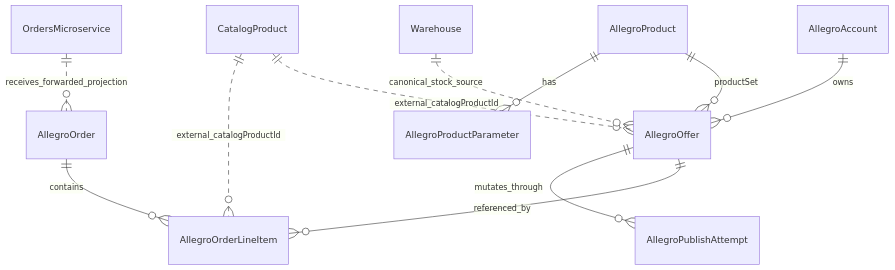
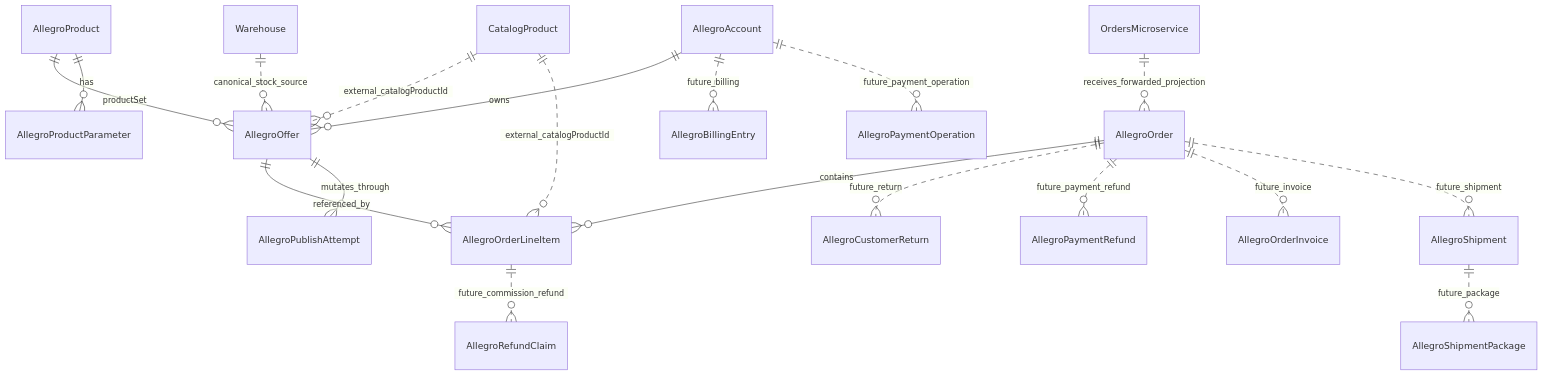
The diagram in docs/orchestrator/ALLEGRO_IMPORT_EXPORT_MAPPING.md (speakASAP/allegro-service), drawn with Mermaid before and after one commit. The commit also changed other lines of this file, not shown here.

Commit message:
docs: extend Allegro data mapping domains

````diff
--- a/docs/orchestrator/ALLEGRO_IMPORT_EXPORT_MAPPING.md
+++ b/docs/orchestrator/ALLEGRO_IMPORT_EXPORT_MAPPING.md
@@ -63,14 +90,22 @@
 ```mermaid
 erDiagram
   AllegroAccount ||--o{ AllegroOffer : owns
   AllegroProduct ||--o{ AllegroOffer : productSet
   AllegroProduct ||--o{ AllegroProductParameter : has
   AllegroOffer ||--o{ AllegroOrderLineItem : referenced_by
   AllegroOrder ||--o{ AllegroOrderLineItem : contains
   AllegroOffer ||--o{ AllegroPublishAttempt : mutates_through
+  AllegroOrder ||..o{ AllegroCustomerReturn : future_return
+  AllegroOrder ||..o{ AllegroPaymentRefund : future_payment_refund
+  AllegroOrderLineItem ||..o{ AllegroRefundClaim : future_commission_refund
+  AllegroOrder ||..o{ AllegroOrderInvoice : future_invoice
+  AllegroOrder ||..o{ AllegroShipment : future_shipment
+  AllegroShipment ||..o{ AllegroShipmentPackage : future_package
+  AllegroAccount ||..o{ AllegroBillingEntry : future_billing
+  AllegroAccount ||..o{ AllegroPaymentOperation : future_payment_operation
 
   CatalogProduct ||..o{ AllegroOffer : external_catalogProductId
   CatalogProduct ||..o{ AllegroOrderLineItem : external_catalogProductId
   OrdersMicroservice ||..o{ AllegroOrder : receives_forwarded_projection
   Warehouse ||..o{ AllegroOffer : canonical_stock_source
 ```
````
